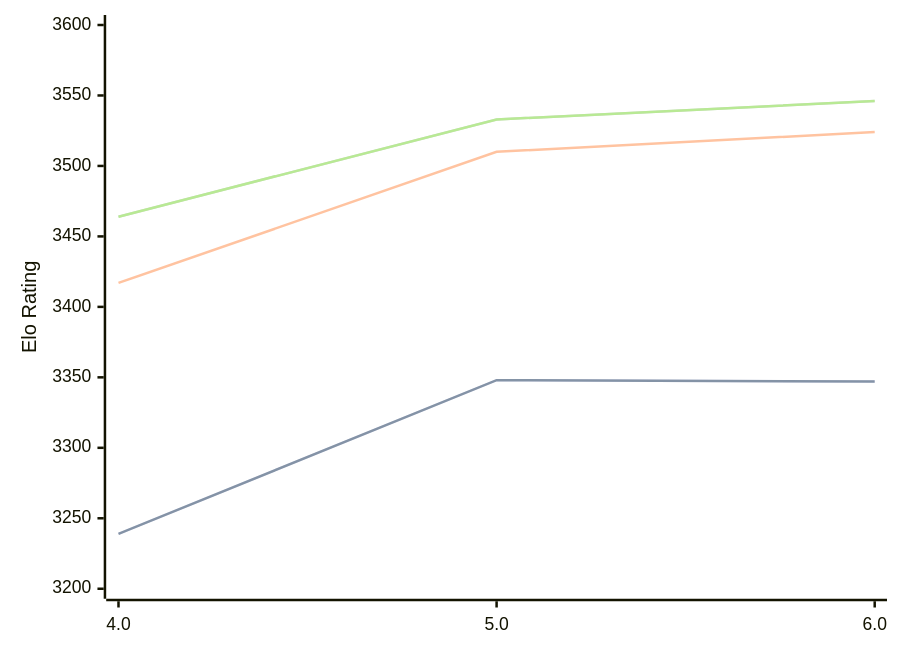
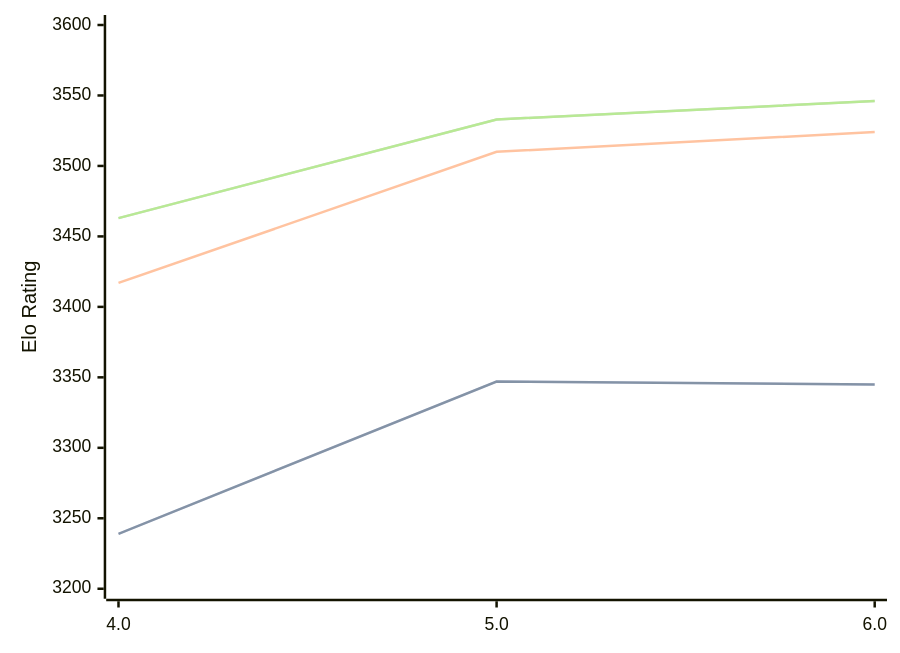
Before and after one commit to computer-chess-index/cci: the first of 3 diagrams in engines/Tarnished.md, drawn with Mermaid. The commit also changed other lines of this file, not shown here.

Commit message:
Update CCI Ratings (ELO VLTC) - 2026-06-19

````diff
--- a/engines/Tarnished.md
+++ b/engines/Tarnished.md
@@ -37,11 +37,11 @@
 ```mermaid
 %%{init: {"theme":"base","themeVariables":{"seriesColors:['#a3a3a3','#222221','#faa371']}}}%%
 xychart-beta
   x-axis ["4.0", "5.0", "6.0"]
   y-axis "Elo Rating" 3200 --> 3600
-  line "STC (8.0+0.08s)" [3239, 3348, 3347]
-  line "STC (8.0+0.08s)" [3239, 3348, 3347]
+  line "STC (8.0+0.08s)" [3239, 3347, 3345]
+  line "STC (8.0+0.08s)" [3239, 3347, 3345]
   line "LTC (60.0+0.60s)" [3417, 3510, 3524]
-  line "VLTC (2m24s+1.12s)" [3464, 3533, 3546]
-  line "VLTC (2m24s+1.12s)" [3464, 3533, 3546]
+  line "VLTC (2m24s+1.12s)" [3463, 3533, 3546]
+  line "VLTC (2m24s+1.12s)" [3463, 3533, 3546]
 ```
````
